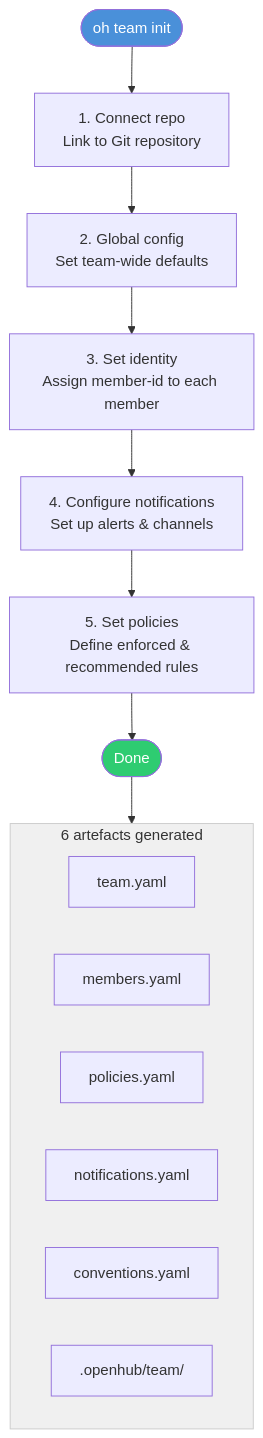
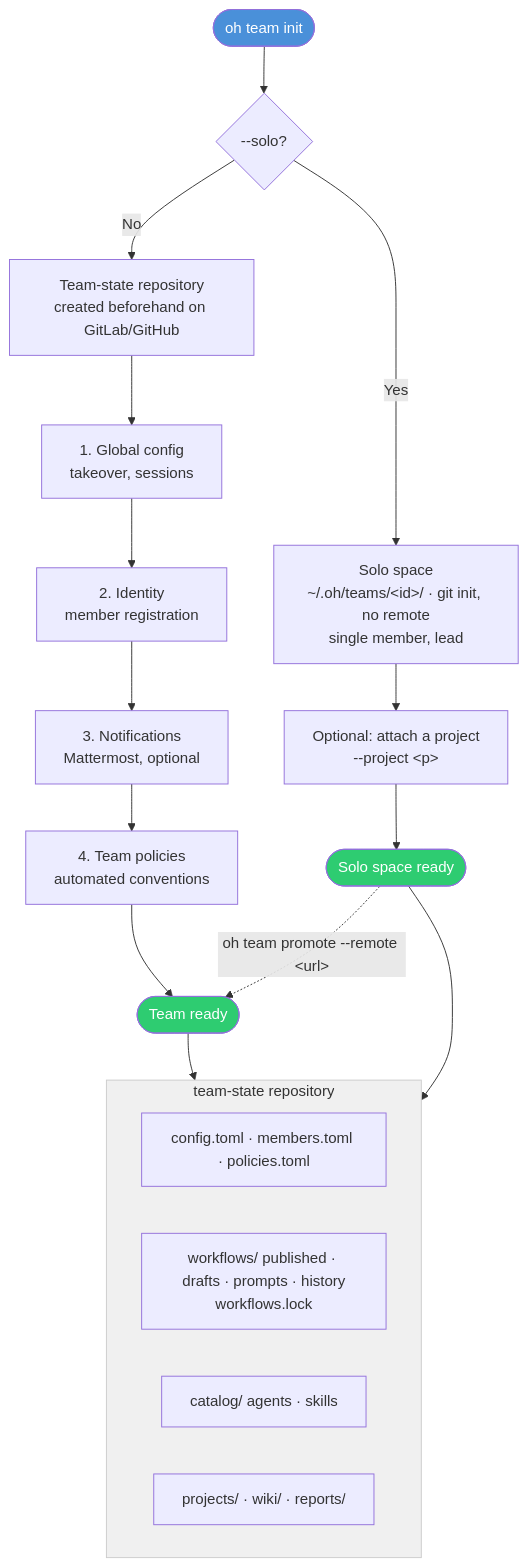
Before and after one commit to datichb/openhub: the diagram in docs/diagrams/team-init-wizard.mermaid, drawn with Mermaid. The commit also changed 23 other files, not shown here.

Commit message:
docs(diagrams): diagrammes v5 refaits (vue système, livraison des skills, parcours, commandes, cascade des modèles, couches de workflow, carte des workflows, TUI, équipe, agents) + cycle de vie d'une session et topologie local/conteneur/distant, SVG régénérés avec mmdc (v5 finalisation, DOC2)

```diff
--- a/docs/diagrams/team-init-wizard.mermaid
+++ b/docs/diagrams/team-init-wizard.mermaid
@@ -1,26 +1,34 @@
-%% D13: Team Init Wizard
-%% Flowchart showing the oh team init wizard steps.
-%% 6 sequential steps producing 6 artefacts at the end.
+%% D13: Team Init Wizard (v5)
+%% oh team init: join or create the team-state repository, then 4 adaptive
+%% steps. --solo creates a local team-state without remote (workflow space
+%% of a project without a team), promotable later with oh team promote.
 
 flowchart TD
-    Start([oh team init]) --> S1[1. Connect repo\nLink to Git repository]
-    S1 --> S2[2. Global config\nSet team-wide defaults]
-    S2 --> S3[3. Set identity\nAssign member-id to each member]
-    S3 --> S4[4. Configure notifications\nSet up alerts & channels]
-    S4 --> S5[5. Set policies\nDefine enforced & recommended rules]
-    S5 --> Done([Done])
+    Start([oh team init]) --> Q{--solo?}
+
+    Q -- No --> S0[Team-state repository<br/>created beforehand on GitLab/GitHub]
+    S0 --> S1[1. Global config<br/>takeover, sessions]
+    S1 --> S2[2. Identity<br/>member registration]
+    S2 --> S3[3. Notifications<br/>Mattermost, optional]
+    S3 --> S4[4. Team policies<br/>automated conventions]
+    S4 --> Done([Team ready])
+
+    Q -- Yes --> SO[Solo space<br/>~/.oh/teams/&lt;id&gt;/ · git init, no remote<br/>single member, lead]
+    SO --> SP[Optional: attach a project<br/>--project &lt;p&gt;]
+    SP --> SDone([Solo space ready])
+    SDone -.->|"oh team promote --remote &lt;url&gt;"| Done
 
     Done --> Artefacts
+    SDone --> Artefacts
 
-    subgraph Artefacts["6 artefacts generated"]
-        A1[team.yaml]
-        A2[members.yaml]
-        A3[policies.yaml]
-        A4[notifications.yaml]
-        A5[conventions.yaml]
-        A6[.openhub/team/]
+    subgraph Artefacts["team-state repository"]
+        A1[config.toml · members.toml · policies.toml]
+        A2[workflows/ published · drafts · prompts · history<br/>workflows.lock]
+        A3[catalog/ agents · skills]
+        A4[projects/ · wiki/ · reports/]
     end
 
     style Start fill:#4a90d9,color:#fff
     style Done fill:#2ecc71,color:#fff
+    style SDone fill:#2ecc71,color:#fff
     style Artefacts fill:#f0f0f0,stroke:#ccc
```
